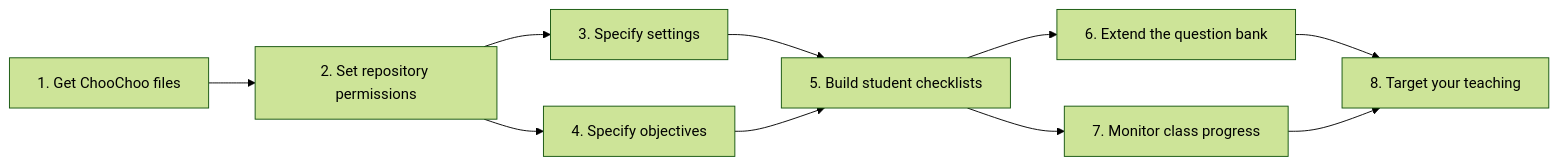
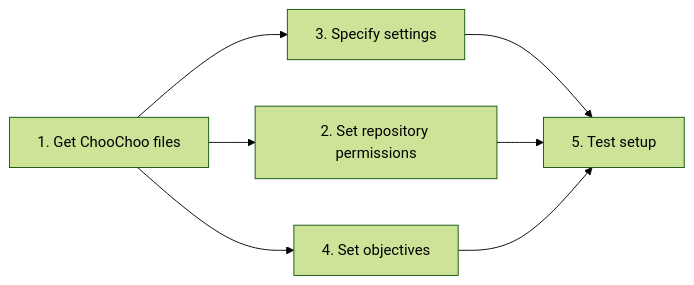
One commit to lucydot/ChooChoo changed the diagram in docs/instructors/setup.md. Above: the diagram before and after it, drawn with Mermaid (forest theme). The commit also changed other lines of this file, not shown here.

````diff
--- a/docs/instructors/setup.md
+++ b/docs/instructors/setup.md
@@ -3,12 +3,9 @@
 ``` mermaid
 graph LR
   A[1. Get ChooChoo files] --> B[2. Set repository permissions];
-  B --> C[3. Specify settings];
-  B --> D[4. Specify objectives];
-  C --> E[5. Build student checklists];
+  A --> C[3. Specify settings];
+  A --> D[4. Set objectives];
+  C --> E[5. Test setup];
+  B --> E;
   D --> E;
-  E --> G[6. Extend the question bank];
-  E --> F[7. Monitor class progress];
-  G --> H[8. Target your teaching];
-  F --> H;
 ```
````
